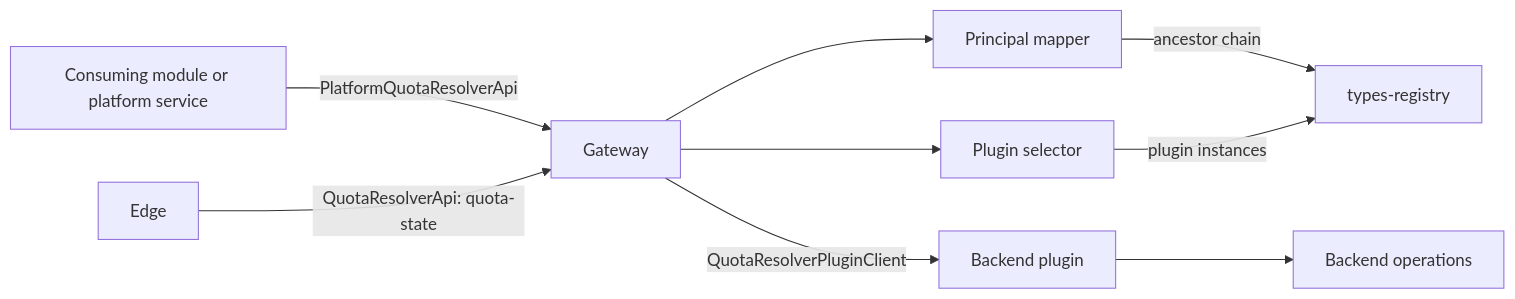
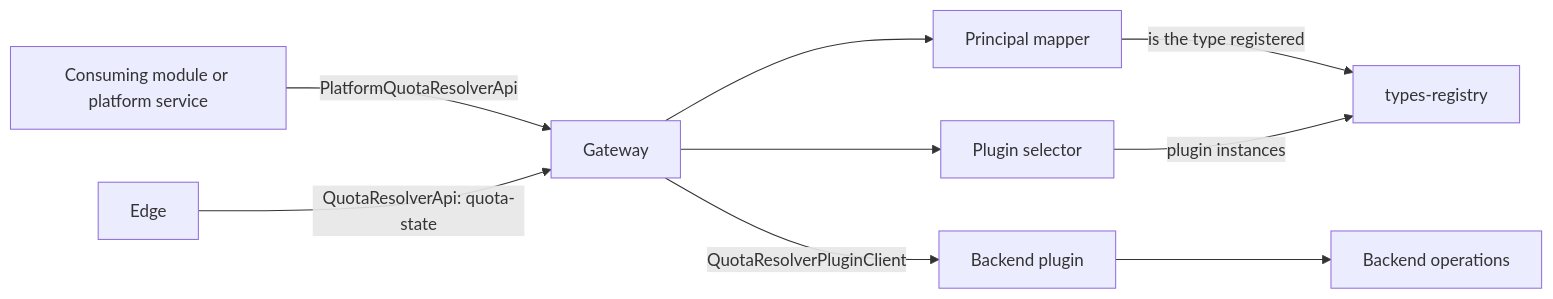
Before and after one commit to constructorfabric/gears-rust: the first of 4 diagrams in gears/system/quota-resolver/docs/DESIGN.md, drawn with Mermaid. The commit also changed other lines of this file and 285 other files, not shown here.

````diff
--- a/gears/system/quota-resolver/docs/DESIGN.md
+++ b/gears/system/quota-resolver/docs/DESIGN.md
@@ -294,11 +295,11 @@
 ```mermaid
 graph LR
     C[Consuming module or platform service] -->|PlatformQuotaResolverApi| G[Gateway]
     E[Edge] -->|QuotaResolverApi: quota-state| G
     G --> M[Principal mapper]
-    M -->|ancestor chain| R[types-registry]
+    M -->|is the type registered| R[types-registry]
     G --> S[Plugin selector]
     S -->|plugin instances| R
     G -->|QuotaResolverPluginClient| A[Backend plugin]
     A --> Q[Backend operations]
 ```
````
